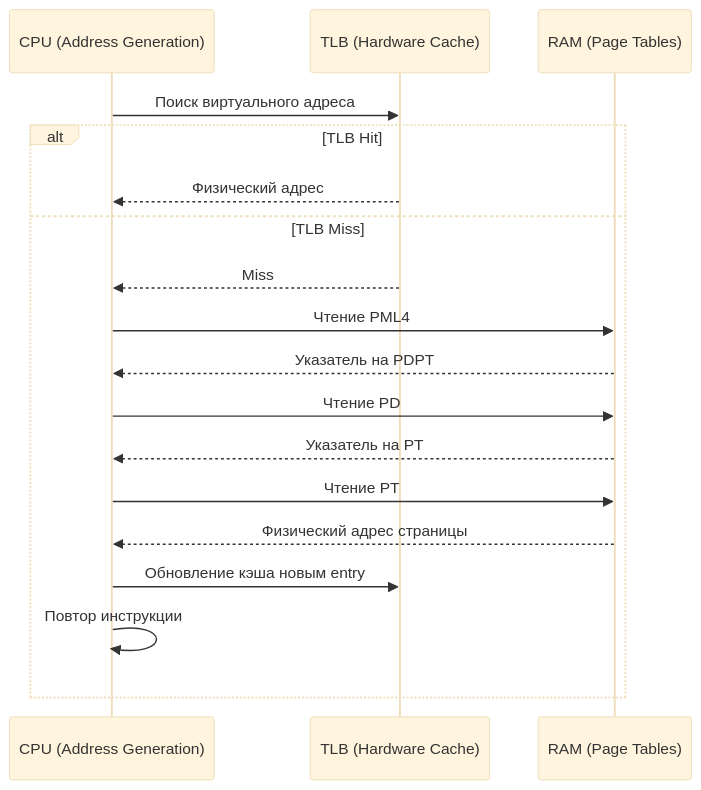
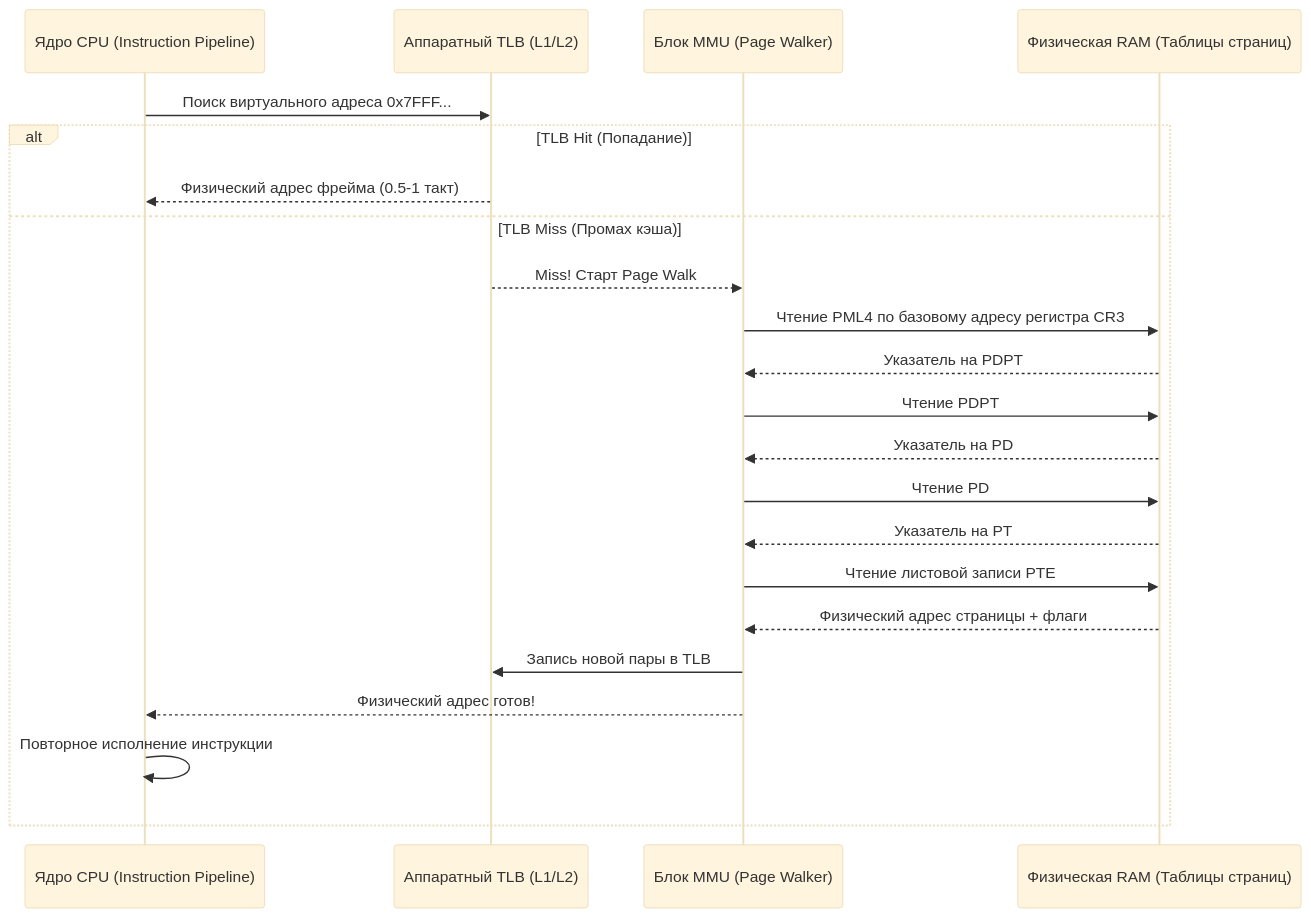
Before and after one commit to UnrealTemplier/go-textbook: the diagram in sources/2. Устройство и работа ОС/14. TLB и стоимость промаха по таблице страниц.md, drawn with Mermaid (base theme). The commit also changed other lines of this file, not shown here.

Commit message:
feat(module-02): editorial rewrite of Lecture 14 (TLB, Page Walk, TLB Shootdown, Huge Pages) in Kernighan style

````diff
--- a/sources/2. Устройство и работа ОС/14. TLB и стоимость промаха по таблице страниц.md
+++ b/sources/2. Устройство и работа ОС/14. TLB и стоимость промаха по таблице страниц.md
@@ -28,21 +60,25 @@
 ```mermaid
 sequenceDiagram
-    participant CPU as CPU (Address Generation)
-    participant TLB as TLB (Hardware Cache)
-    participant RAM as RAM (Page Tables)
+    participant CPU as Ядро CPU (Instruction Pipeline)
+    participant TLB as Аппаратный TLB (L1/L2)
+    participant MMU as Блок MMU (Page Walker)
+    participant RAM as Физическая RAM (Таблицы страниц)
 
-    CPU->>TLB: Поиск виртуального адреса
-    alt TLB Hit
-        TLB-->>CPU: Физический адрес
-    else TLB Miss
-        TLB-->>CPU: Miss
-        CPU->>RAM: Чтение PML4
-        RAM-->>CPU: Указатель на PDPT
-        CPU->>RAM: Чтение PD
-        RAM-->>CPU: Указатель на PT
-        CPU->>RAM: Чтение PT
-        RAM-->>CPU: Физический адрес страницы
-        CPU->>TLB: Обновление кэша новым entry
-        CPU->>CPU: Повтор инструкции
+    CPU->>TLB: Поиск виртуального адреса 0x7FFF...
+    alt TLB Hit (Попадание)
+        TLB-->>CPU: Физический адрес фрейма (0.5-1 такт)
+    else TLB Miss (Промах кэша)
+        TLB-->>MMU: Miss! Старт Page Walk
+        MMU->>RAM: Чтение PML4 по базовому адресу регистра CR3
+        RAM-->>MMU: Указатель на PDPT
+        MMU->>RAM: Чтение PDPT
+        RAM-->>MMU: Указатель на PD
+        MMU->>RAM: Чтение PD
+        RAM-->>MMU: Указатель на PT
+        MMU->>RAM: Чтение листовой записи PTE
+        RAM-->>MMU: Физический адрес страницы + флаги
+        MMU->>TLB: Запись новой пары в TLB
+        MMU-->>CPU: Физический адрес готов!
+        CPU->>CPU: Повторное исполнение инструкции
     end
 ```
````
